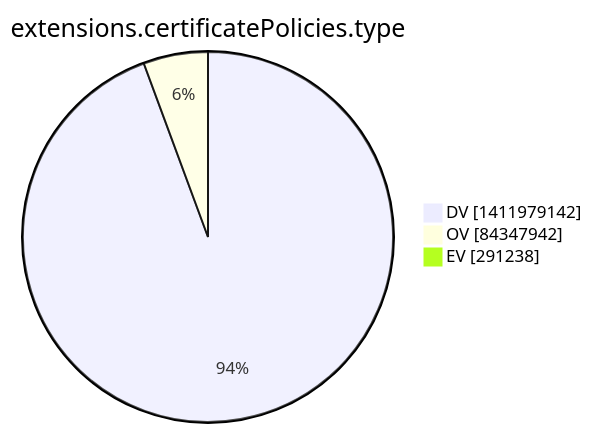
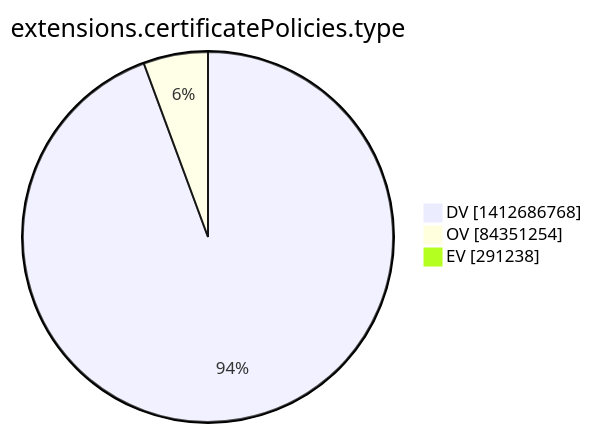
Before and after one commit to christiankrug/ctmonitor_visualization: the tenth of 15 diagrams in argon2022/README.md, drawn with Mermaid. The commit also changed other lines of this file, not shown here.

````diff
--- a/argon2022/README.md
+++ b/argon2022/README.md
@@ -2773,7 +2773,7 @@
 ```mermaid
 pie showData
 title extensions.certificatePolicies.type
-"DV" :1411979142
-"OV" :84347942
+"DV" :1412686768
+"OV" :84351254
 "EV" :291238
 ```
````
